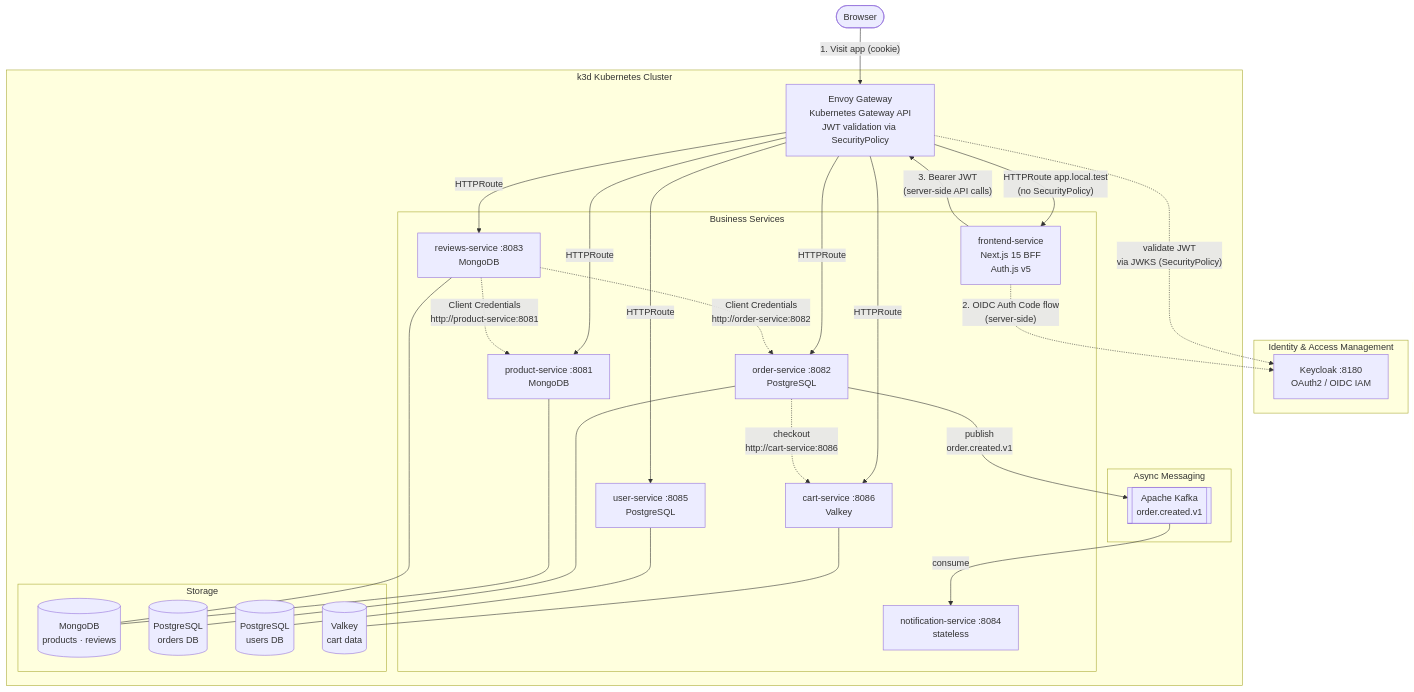
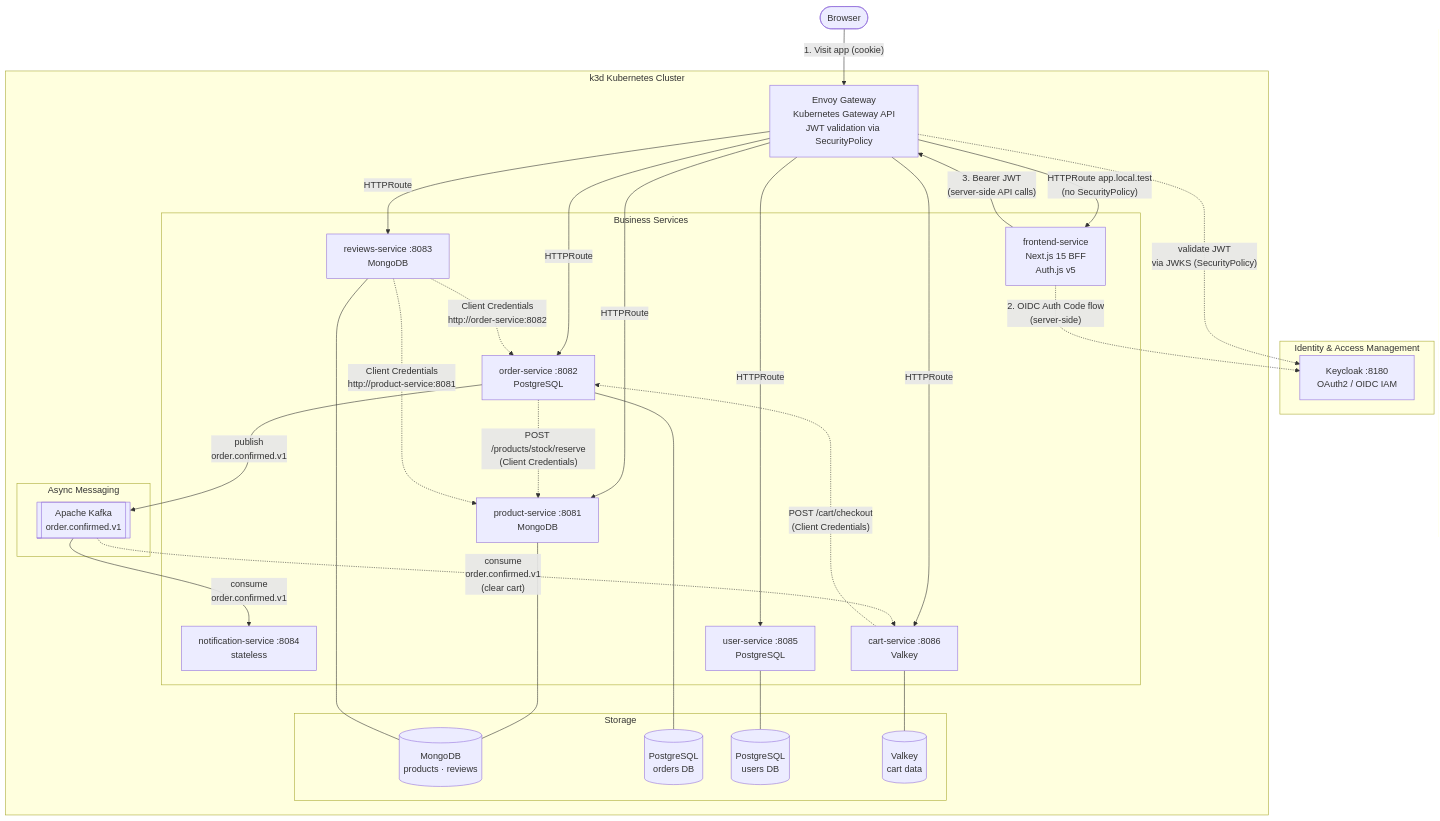
The first of 6 diagrams in README.md (ricsanfre/spring-microservices-otel-k8s), drawn with Mermaid before and after one commit. The commit also changed other lines of this file and 30 other files, not shown here.

Commit message:
Updated checkout flow

````diff
--- a/README.md
+++ b/README.md
@@ -51,57 +51,59 @@
 ```mermaid
 flowchart TD
     Client(["Browser"])
 
     subgraph IAM["Identity & Access Management"]
         KC["Keycloak :8180\nOAuth2 / OIDC IAM"]
     end
 
     subgraph K3D["k3d Kubernetes Cluster"]
         EG["Envoy Gateway\nKubernetes Gateway API\nJWT validation via SecurityPolicy"]
 
         subgraph SERVICES["Business Services"]
             FE["frontend-service\nNext.js 15 BFF\nAuth.js v5"]
             PS["product-service :8081\nMongoDB"]
             OS["order-service :8082\nPostgreSQL"]
             RS["reviews-service :8083\nMongoDB"]
             NS["notification-service :8084\nstateless"]
             US["user-service :8085\nPostgreSQL"]
             CS["cart-service :8086\nValkey"]
         end
 
         subgraph MESSAGING["Async Messaging"]
-            KAFKA[["Apache Kafka\norder.created.v1"]]
+            KAFKA[["Apache Kafka\norder.confirmed.v1"]]
         end
 
         subgraph STORAGE["Storage"]
             MDB[("MongoDB\nproducts · reviews")]
             PG_O[("PostgreSQL\norders DB")]
             PG_U[("PostgreSQL\nusers DB")]
             VK[("Valkey\ncart data")]
         end
     end
 
     Client -- "1. Visit app (cookie)" --> EG
     EG -- "HTTPRoute app.local.test\n(no SecurityPolicy)" --> FE
     FE -. "2. OIDC Auth Code flow\n(server-side)" .-> KC
     FE -- "3. Bearer JWT\n(server-side API calls)" --> EG
     EG -. "validate JWT\nvia JWKS (SecurityPolicy)" .-> KC
     EG -- "HTTPRoute" --> PS
     EG -- "HTTPRoute" --> OS
     EG -- "HTTPRoute" --> RS
     EG -- "HTTPRoute" --> US
     EG -- "HTTPRoute" --> CS
 
-    OS -- "publish\norder.created.v1" --> KAFKA
-    KAFKA -- "consume" --> NS
+    CS -. "POST /cart/checkout\n(Client Credentials)" .-> OS
+    OS -. "POST /products/stock/reserve\n(Client Credentials)" .-> PS
+    OS -- "publish\norder.confirmed.v1" --> KAFKA
+    KAFKA -- "consume\norder.confirmed.v1" --> NS
+    KAFKA -. "consume\norder.confirmed.v1\n(clear cart)" .-> CS
 
     RS -. "Client Credentials\nhttp://order-service:8082" .-> OS
     RS -. "Client Credentials\nhttp://product-service:8081" .-> PS
-    OS -. "checkout\nhttp://cart-service:8086" .-> CS
 
     PS --- MDB
     RS --- MDB
     OS --- PG_O
     US --- PG_U
     CS --- VK
 ```
````
